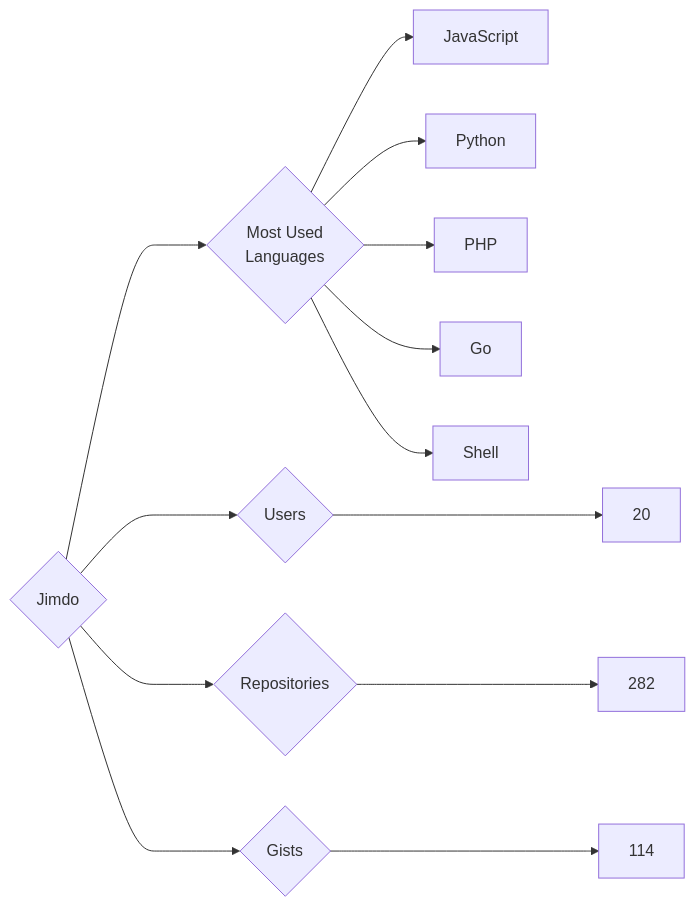
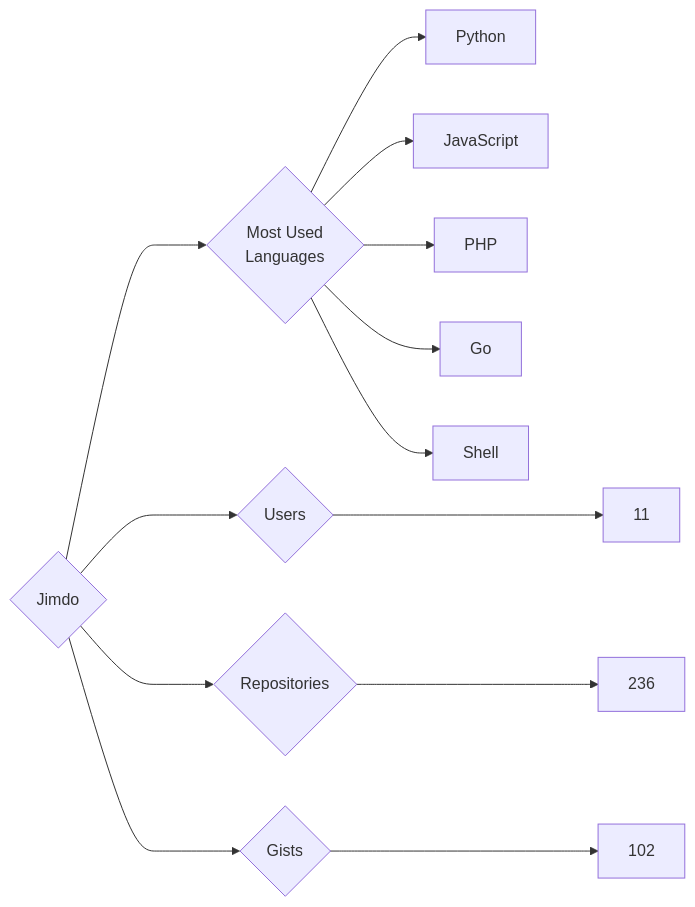
One commit to trickest/insiders changed the diagram in targets/Jimdo/README.md. Above: the diagram before and after it, drawn with Mermaid. The commit also changed 748 other files, not shown here.

````diff
--- a/targets/Jimdo/README.md
+++ b/targets/Jimdo/README.md
@@ -3,13 +3,13 @@
 ```mermaid
 graph LR
 COMPANY_NAME{Jimdo}
-COMPANY_NAME ---> U{Users} ---> UN[20]
-COMPANY_NAME ---> R{Repositories} ---> RN[282]
-COMPANY_NAME ---> G{Gists} ---> GN[114]
+COMPANY_NAME ---> U{Users} ---> UN[11]
+COMPANY_NAME ---> R{Repositories} ---> RN[236]
+COMPANY_NAME ---> G{Gists} ---> GN[102]
 COMPANY_NAME ---> ML{Most Used<br>Languages}
+ML --> Python[Python]
 ML --> JavaScript[JavaScript]
-ML --> Python[Python]
 ML --> PHP[PHP]
 ML --> Go[Go]
 ML --> Shell[Shell]
 ```
````
